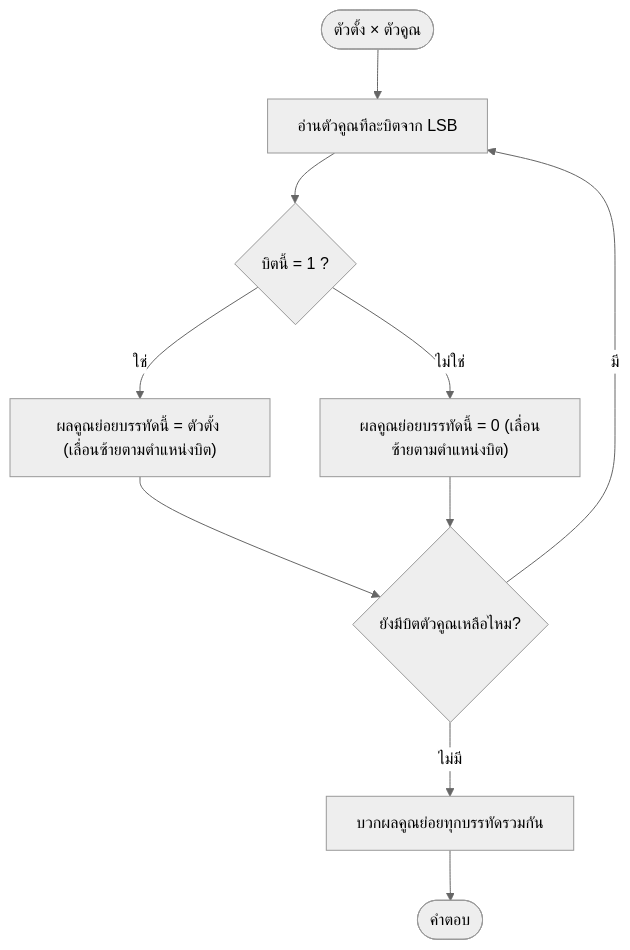
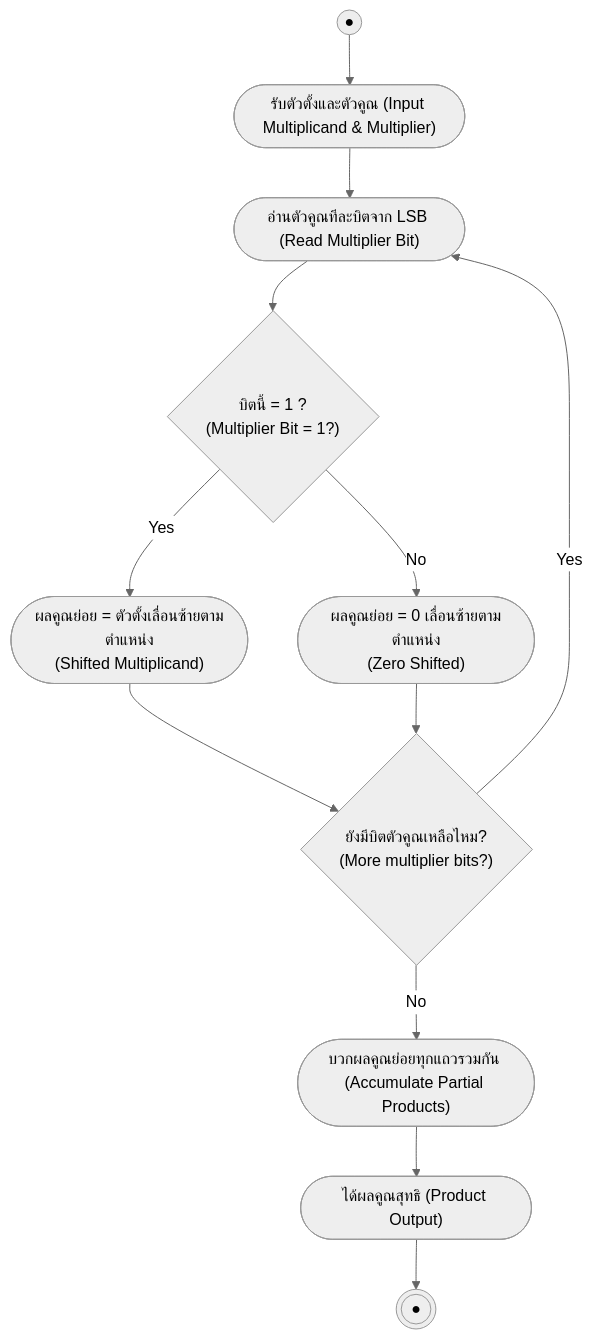
One commit to PhuriphatTyPeZ3r0/Course-1322201-Digital-Logic-Design-2026 changed the first of 2 diagrams in 01_Lectures/Week1/Binary-Multiply-Divide.md. Above: the diagram before and after it, drawn with Mermaid (neutral theme). The commit also changed other lines of this file and 18 other files, not shown here.

Commit message:
refactor: standardize diagrams to UML specifications across notes and templates

````diff
--- a/01_Lectures/Week1/Binary-Multiply-Divide.md
+++ b/01_Lectures/Week1/Binary-Multiply-Divide.md
@@ -37,12 +37,14 @@
 ```mermaid
 flowchart TD
-    Start(["ตัวตั้ง × ตัวคูณ"]) --> Pick["อ่านตัวคูณทีละบิตจาก LSB"]
-    Pick --> IsOne{"บิตนี้ = 1 ?"}
-    IsOne -->|ใช่| Copy["ผลคูณย่อยบรรทัดนี้ = ตัวตั้ง (เลื่อนซ้ายตามตำแหน่งบิต)"]
-    IsOne -->|ไม่ใช่| Zero["ผลคูณย่อยบรรทัดนี้ = 0 (เลื่อนซ้ายตามตำแหน่งบิต)"]
-    Copy --> More{"ยังมีบิตตัวคูณเหลือไหม?"}
+    Start((●)) --> Init(["รับตัวตั้งและตัวคูณ (Input Multiplicand & Multiplier)"])
+    Init --> Pick(["อ่านตัวคูณทีละบิตจาก LSB (Read Multiplier Bit)"])
+    Pick --> IsOne{"บิตนี้ = 1 ?<br/>(Multiplier Bit = 1?)"}
+    IsOne -->|Yes| Copy(["ผลคูณย่อย = ตัวตั้งเลื่อนซ้ายตามตำแหน่ง<br/>(Shifted Multiplicand)"])
+    IsOne -->|No| Zero(["ผลคูณย่อย = 0 เลื่อนซ้ายตามตำแหน่ง<br/>(Zero Shifted)"])
+    Copy --> More{"ยังมีบิตตัวคูณเหลือไหม?<br/>(More multiplier bits?)"}
     Zero --> More
-    More -->|มี| Pick
-    More -->|ไม่มี| SumAll["บวกผลคูณย่อยทุกบรรทัดรวมกัน"]
-    SumAll --> Done(["คำตอบ"])
+    More -->|Yes| Pick
+    More -->|No| SumAll(["บวกผลคูณย่อยทุกแถวรวมกัน (Accumulate Partial Products)"])
+    SumAll --> Done(["ได้ผลคูณสุทธิ (Product Output)"])
+    Done --> Stop(((●)))
 ```
````
